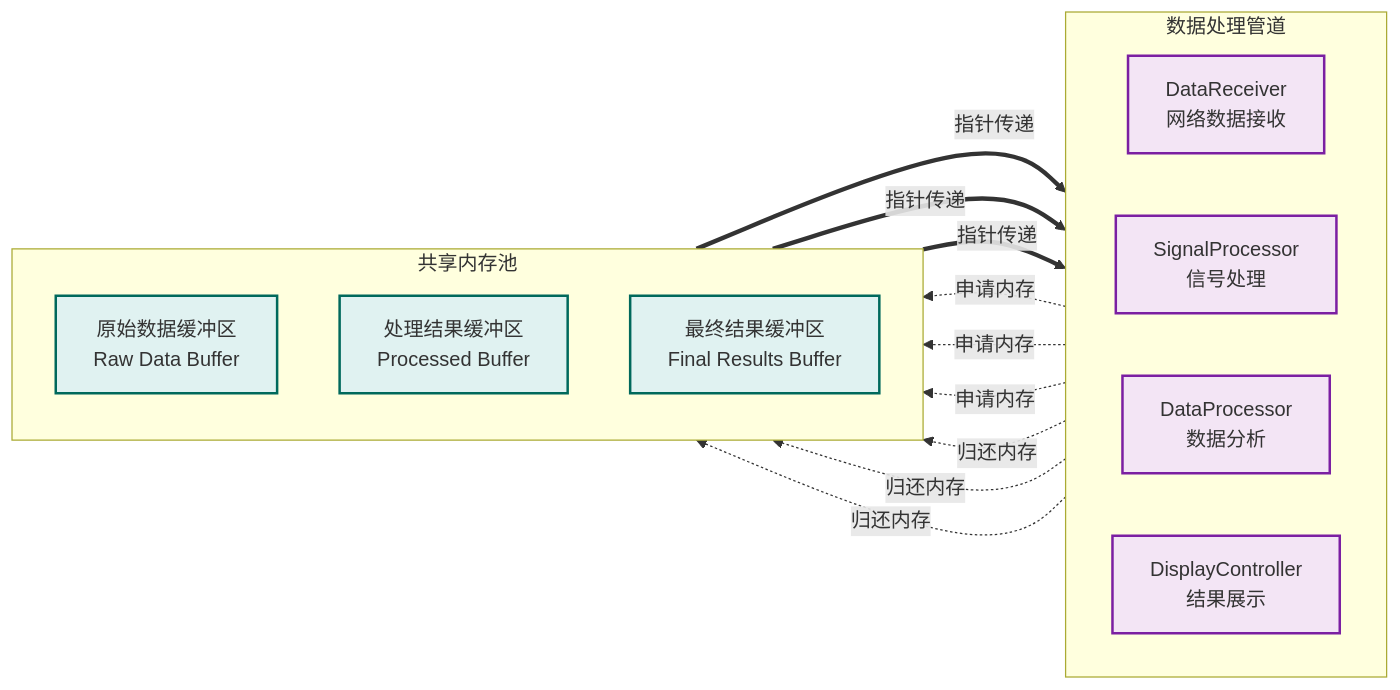
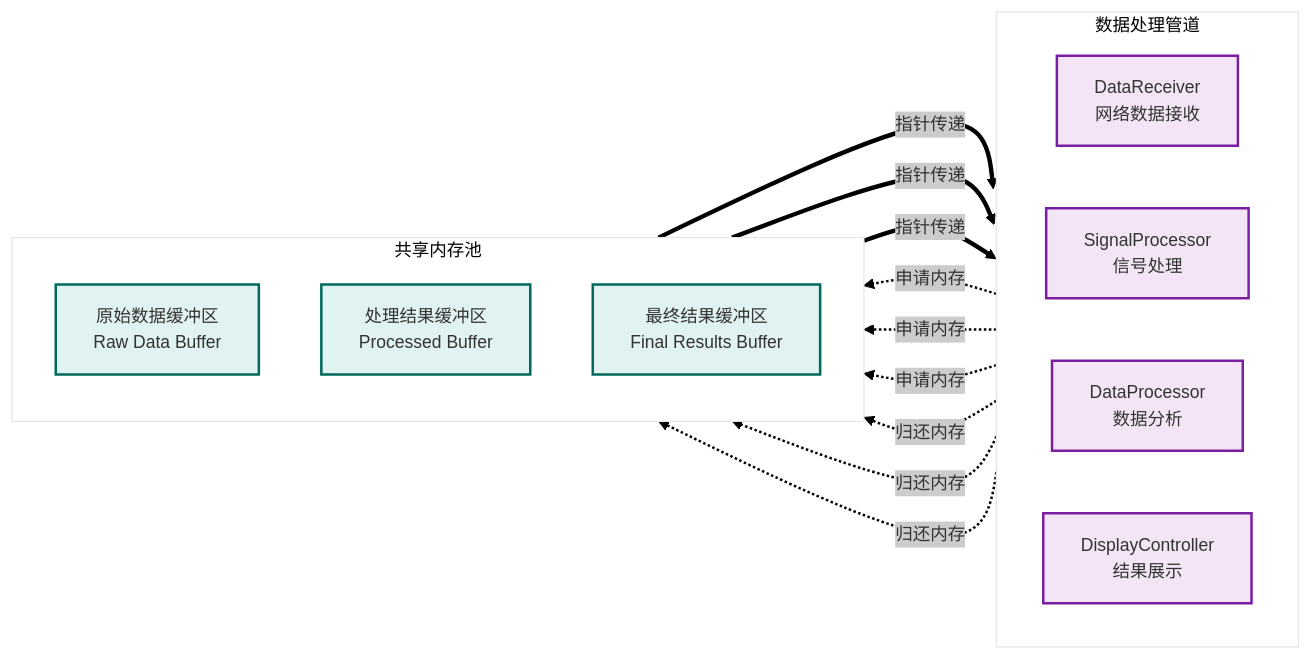
The fourth of 22 diagrams in docs/01_项目设计/02_模块设计/99_模块集成策略.md (wendizhou99-cell/Radar), drawn with Mermaid before and after one commit. The commit also changed other lines of this file and 14 other files, not shown here.

````diff
--- a/docs/01_项目设计/02_模块设计/99_模块集成策略.md
+++ b/docs/01_项目设计/02_模块设计/99_模块集成策略.md
@@ -256,34 +290,40 @@
 ```mermaid
+---
+config:
+  theme: neo
+  flowchart:
+    curve: natural
+---
 flowchart LR
     subgraph "数据处理管道"
         direction LR
         RECV[DataReceiver<br/>网络数据接收]
         PROC1[SignalProcessor<br/>信号处理]
         PROC2[DataProcessor<br/>数据分析]
         DISPLAY[DisplayController<br/>结果展示]
     end
 
     subgraph "共享内存池"
         direction TB
         POOL1[原始数据缓冲区<br/>Raw Data Buffer]
         POOL2[处理结果缓冲区<br/>Processed Buffer]
         POOL3[最终结果缓冲区<br/>Final Results Buffer]
     end
 
     RECV -.申请内存.-> POOL1
     POOL1 ==指针传递==> PROC1
     PROC1 -.申请内存.-> POOL2
     POOL2 ==指针传递==> PROC2
     PROC2 -.申请内存.-> POOL3
     POOL3 ==指针传递==> DISPLAY
 
     PROC1 -.归还内存.-> POOL1
     PROC2 -.归还内存.-> POOL2
     DISPLAY -.归还内存.-> POOL3
 
     classDef processor fill:#f3e5f5,stroke:#7b1fa2,stroke-width:2px
     classDef buffer fill:#e0f2f1,stroke:#00695c,stroke-width:2px
 
     class RECV,PROC1,PROC2,DISPLAY processor
     class POOL1,POOL2,POOL3 buffer
 ```
````
